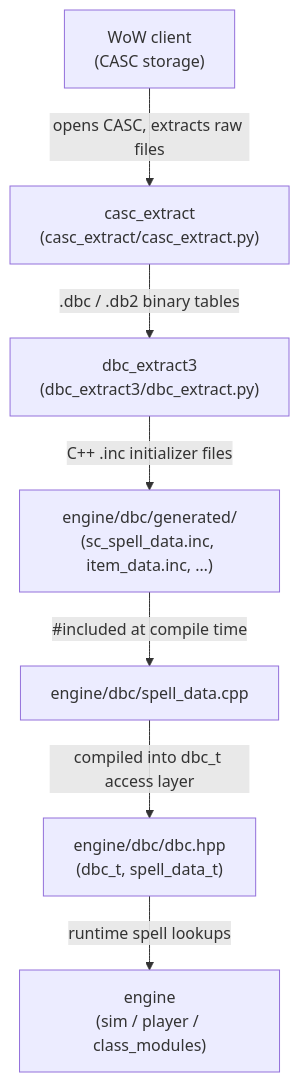
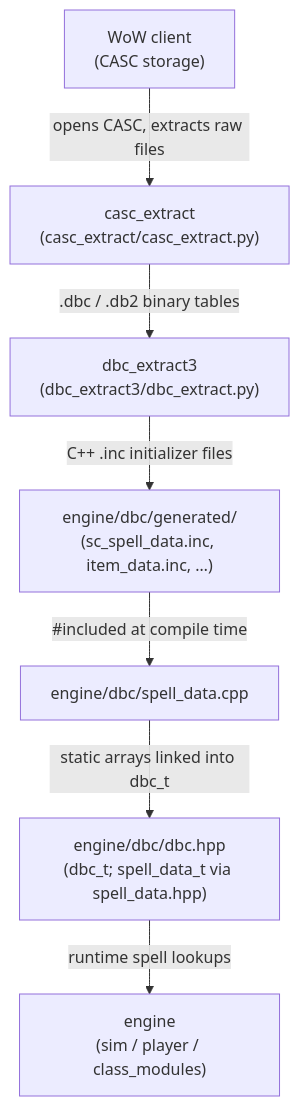
Before and after one commit to Lucasmingus/simc: the diagram in doc/architecture/06-game-data-pipeline.md, drawn with Mermaid. The commit also changed 2 other files, not shown here.

Commit message:
docs: add architecture index and apply consistency/citation fixes
- Create doc/architecture/index.md: reading-order index linking all six
  architecture docs with one-line descriptions and a Mermaid/refs note.
- Fix doc/architecture/03-simulation-flow.md: reports.cpp:236 -> :235
  (235 is the print_suite signature line; 236 is the opening brace).
- Fix doc/architecture/06-game-data-pipeline.md: tighten edge label to
  "static arrays linked into dbc_t"; note spell_data_t is declared in
  spell_data.hpp (not dbc.hpp which only includes it).

All 7 docs pass verify_doc.sh. Class names consistent across all docs.

````diff
--- a/doc/architecture/06-game-data-pipeline.md
+++ b/doc/architecture/06-game-data-pipeline.md
@@ -10,9 +10,9 @@
 ```mermaid
 flowchart TD
     WOW["WoW client\n(CASC storage)"] -->|opens CASC, extracts raw files| CASC["casc_extract\n(casc_extract/casc_extract.py)"]
     CASC -->|.dbc / .db2 binary tables| DBCEXT["dbc_extract3\n(dbc_extract3/dbc_extract.py)"]
     DBCEXT -->|C++ .inc initializer files| GEND["engine/dbc/generated/\n(sc_spell_data.inc, item_data.inc, …)"]
     GEND -->|#included at compile time| SPELL["engine/dbc/spell_data.cpp"]
-    SPELL -->|compiled into dbc_t access layer| DBC["engine/dbc/dbc.hpp\n(dbc_t, spell_data_t)"]
+    SPELL -->|static arrays linked into dbc_t| DBC["engine/dbc/dbc.hpp\n(dbc_t; spell_data_t via spell_data.hpp)"]
     DBC -->|runtime spell lookups| ENG["engine\n(sim / player / class_modules)"]
 ```
````
